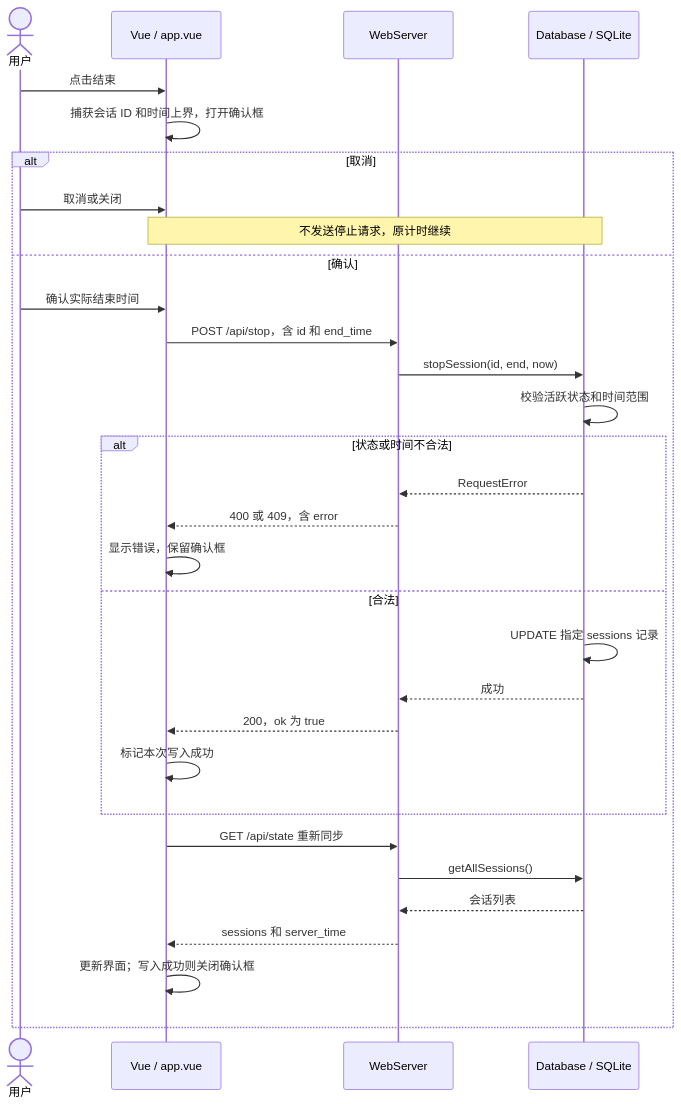
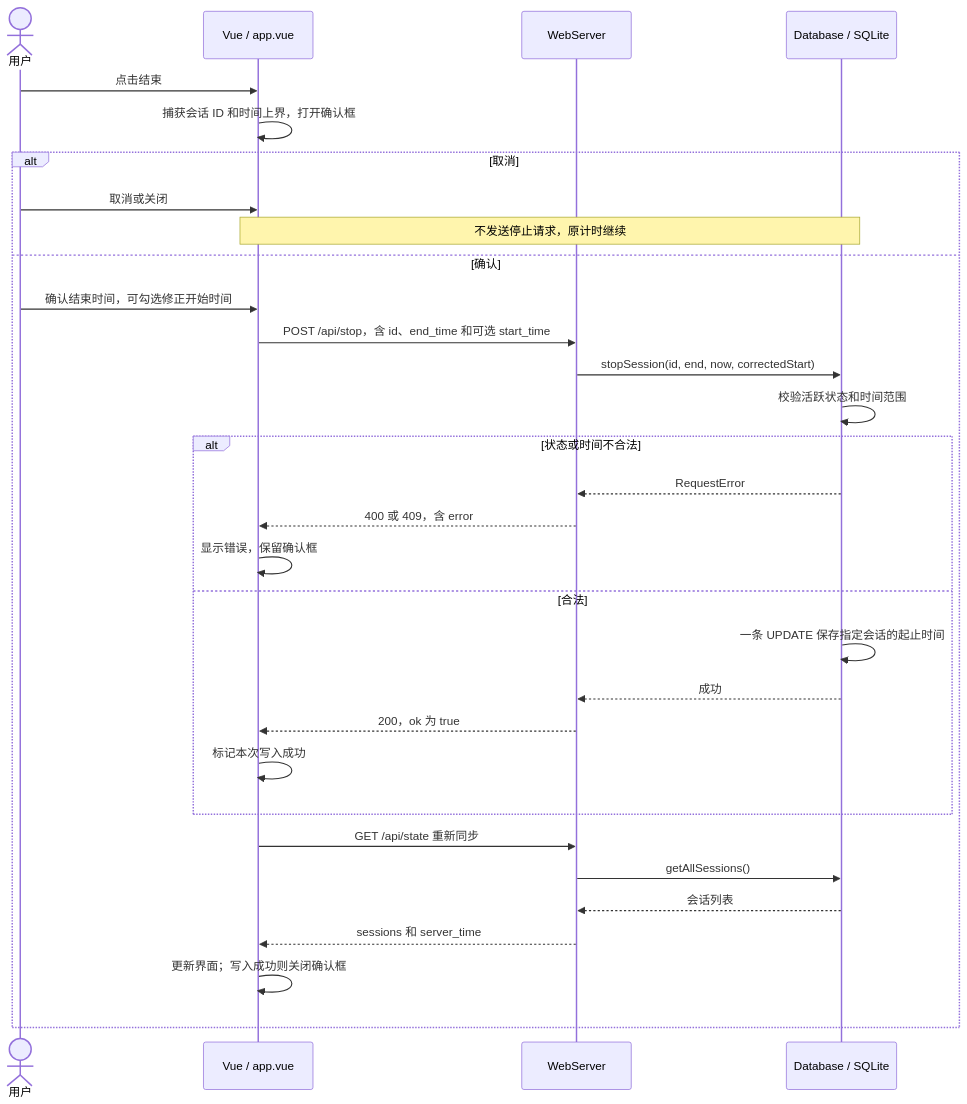
Before and after one commit to ttttwwww/work_timer: the first of 2 diagrams in docs/data-flow.md, drawn with Mermaid. The commit also changed other lines of this file and 11 other files, not shown here.

Commit message:
feat: allow start-time correction and improve build diagnostics

````diff
--- a/docs/data-flow.md
+++ b/docs/data-flow.md
@@ -19,33 +19,33 @@
 ```mermaid
 sequenceDiagram
     actor U as 用户
     participant F as Vue / app.vue
     participant W as WebServer
     participant D as Database / SQLite
     U->>F: 点击结束
     F->>F: 捕获会话 ID 和时间上界，打开确认框
     alt 取消
         U->>F: 取消或关闭
         Note over F,D: 不发送停止请求，原计时继续
     else 确认
-        U->>F: 确认实际结束时间
-        F->>W: POST /api/stop，含 id 和 end_time
-        W->>D: stopSession(id, end, now)
+        U->>F: 确认结束时间，可勾选修正开始时间
+        F->>W: POST /api/stop，含 id、end_time 和可选 start_time
+        W->>D: stopSession(id, end, now, correctedStart)
         D->>D: 校验活跃状态和时间范围
         alt 状态或时间不合法
             D-->>W: RequestError
             W-->>F: 400 或 409，含 error
             F->>F: 显示错误，保留确认框
         else 合法
-            D->>D: UPDATE 指定 sessions 记录
+            D->>D: 一条 UPDATE 保存指定会话的起止时间
             D-->>W: 成功
             W-->>F: 200，ok 为 true
             F->>F: 标记本次写入成功
         end
         F->>W: GET /api/state 重新同步
         W->>D: getAllSessions()
         D-->>W: 会话列表
         W-->>F: sessions 和 server_time
         F->>F: 更新界面；写入成功则关闭确认框
     end
 ```
````
